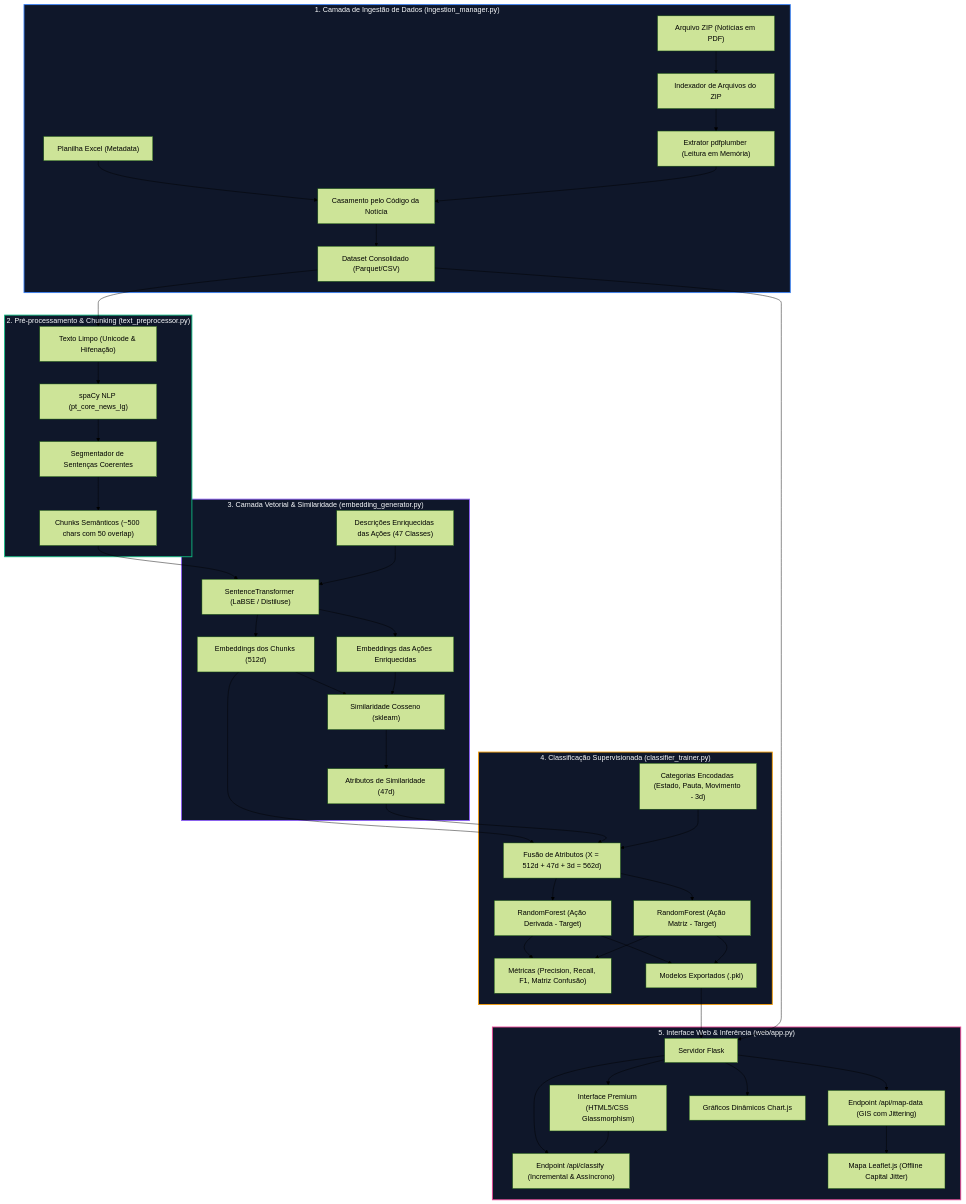
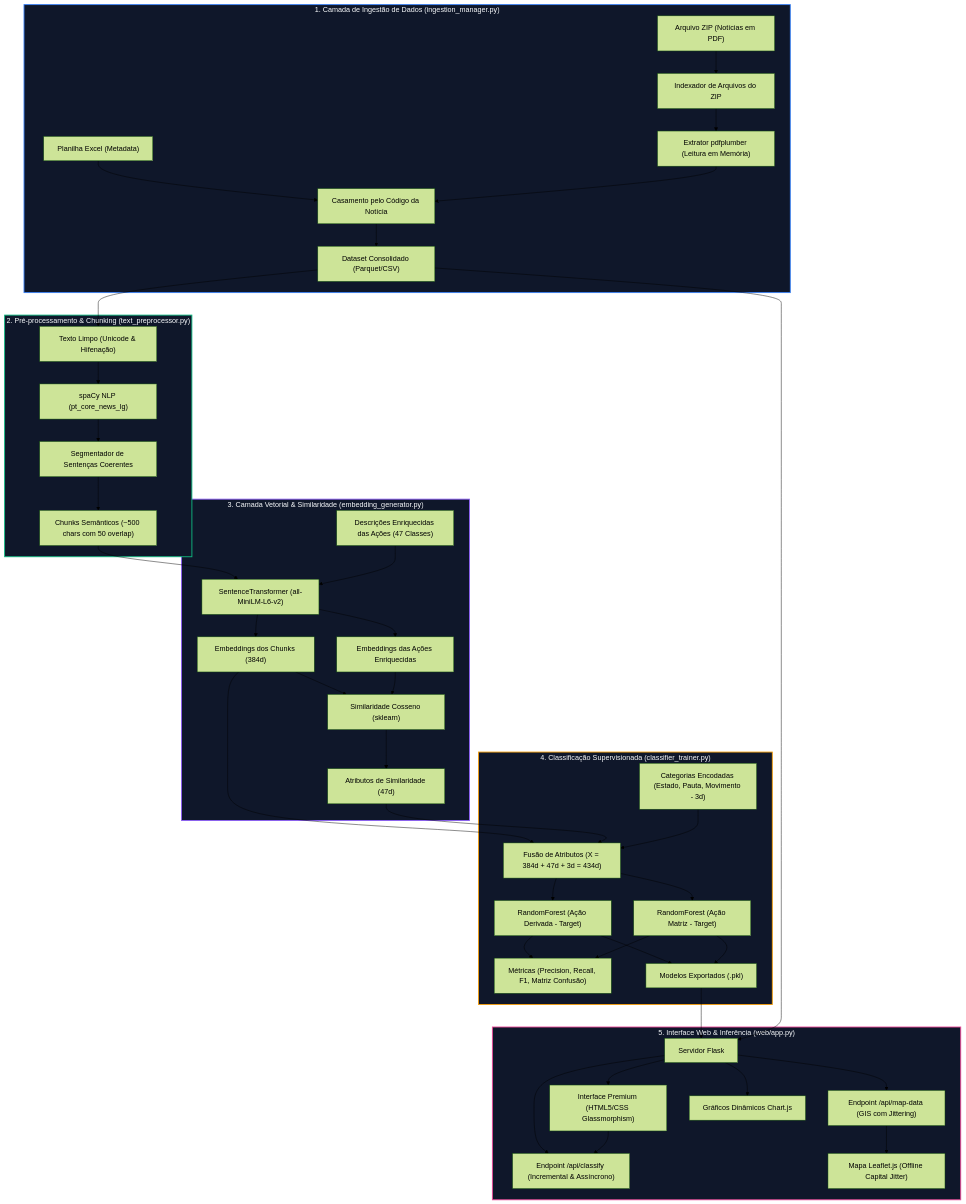
Before and after one commit to abraaonazario/observatorio-ia: the diagram in arquitetura_do_processo.md, drawn with Mermaid (forest theme). The commit also changed other lines of this file and 19 other files, not shown here.

```diff
--- a/arquitetura_do_processo.md
+++ b/arquitetura_do_processo.md
@@ -38,8 +38,8 @@
     end
 
     subgraph Vetores ["3. Camada Vetorial & Similaridade (embedding_generator.py)"]
-        embed_model["SentenceTransformer (LaBSE / Distiluse)"]
-        chunk_embs["Embeddings dos Chunks (512d)"]
+        embed_model["SentenceTransformer (all-MiniLM-L6-v2)"]
+        chunk_embs["Embeddings dos Chunks (384d)"]
         enrich_dict["Descrições Enriquecidas das Ações (47 Classes)"]
         action_embs["Embeddings das Ações Enriquecidas"]
         cosine_sim["Similaridade Cosseno (sklearn)"]
@@ -56,7 +56,7 @@
 
     subgraph ML ["4. Classificação Supervisionada (classifier_trainer.py)"]
         cat_meta["Categorias Encodadas (Estado, Pauta, Movimento - 3d)"]
-        feature_fusion["Fusão de Atributos (X = 512d + 47d + 3d = 562d)"]
+        feature_fusion["Fusão de Atributos (X = 384d + 47d + 3d = 434d)"]
         rf_derivada["RandomForest (Ação Derivada - Target)"]
         rf_matriz["RandomForest (Ação Matriz - Target)"]
         eval_metrics["Métricas (Precision, Recall, F1, Matriz Confusão)"]
```
